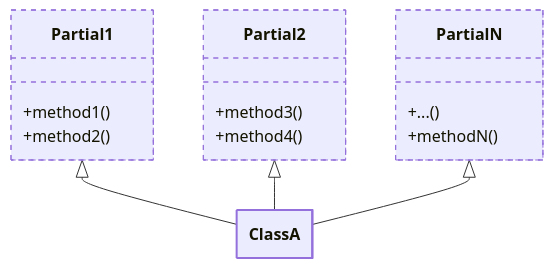
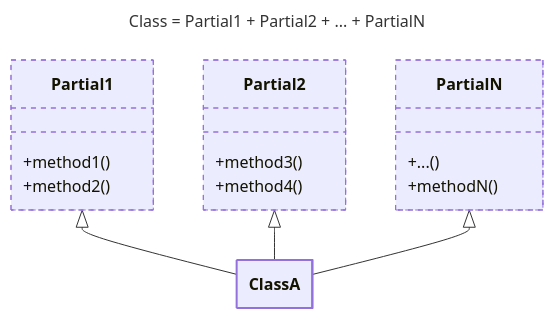
Before and after one commit to thecodecrate/python-pipeline: the first of 12 diagrams in tests/spec-001--class-composition-with-partial-classes.md, drawn with Mermaid. The commit also changed other lines of this file, not shown here.

````diff
--- a/tests/spec-001--class-composition-with-partial-classes.md
+++ b/tests/spec-001--class-composition-with-partial-classes.md
@@ -13,43 +13,45 @@
 ```mermaid
 ---
+title: "Class = Partial1 + Partial2 + ... + PartialN"
 config:
     class:
         hideEmptyMembersBox: true
 ---
 classDiagram
     class Partial1_["Partial1"] {
         +method1()
         +method2()
     }
 
     class Partial2_["Partial2"] {
         +method3()
         +method4()
     }
 
     class Partial3_["PartialN"] {
         +...()
         +methodN()
     }
 
     class Composed_["ClassA"] {
     }
 
     %% Relationships
     Partial1_ <|-- Composed_
     Partial2_ <|-- Composed_
     Partial3_ <|-- Composed_
 
     %% Apply Styles
-    style Base_ fill:#ffff6020, stroke-dasharray: 5 5
+    style Base_ fill:#6060ff20, stroke-dasharray: 5 5
     style Composed_ bugfix:#111, stroke-width:2px, font-weight: bold
     style External1 bugfix:#111, stroke-width:2px, font-weight: bold
     style Partial1_ bugfix:#111, stroke-dasharray: 5 5
     style Partial2_ bugfix:#111, stroke-dasharray: 5 5
     style Partial3_ bugfix:#111, stroke-dasharray: 5 5
     style Partial4_ bugfix:#111, stroke-dasharray: 5 5
+    style InterfaceBase_ fill:#ff60ff20, stroke-dasharray: 2 2
     style Interface1 fill:#ff606020, stroke-dasharray: 2 2
     style Interface2 fill:#ff606020, stroke-dasharray: 2 2
     style Interface3 fill:#ff606020, stroke-dasharray: 2 2
     style Interface4 fill:#ff606020, stroke-dasharray: 2 2
 ```
````
